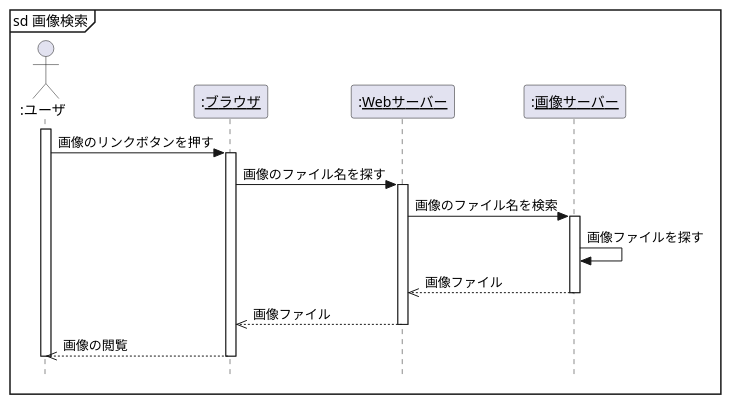
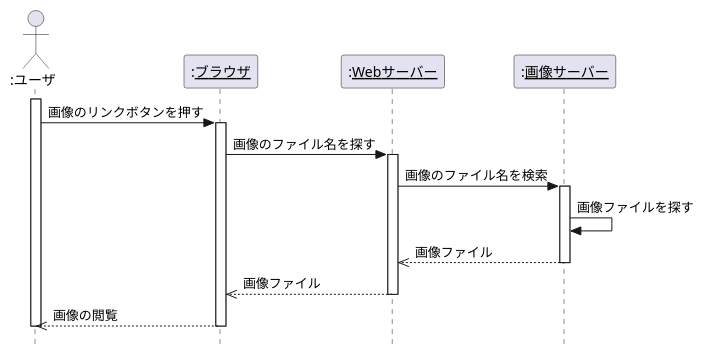
One commit to moppechan/uml_introduction changed the diagram in 演習4/演習4-6_SD_Web画像検索.pu. Above: the diagram before and after it, drawn with PlantUML. The commit also changed 1 other file, not shown here.

```diff
--- a/演習4/演習4-6_SD_Web画像検索.pu
+++ b/演習4/演習4-6_SD_Web画像検索.pu
@@ -1,26 +1,25 @@
 @startuml Web画像検索
 hide footbox
 skinparam style strictuml
 
     actor ":ユーザ" as user
     participant ":<u>ブラウザ</u>" as bro
     participant ":<u>Webサーバー</u>" as web
     participant ":<u>画像サーバー</u>" as pic
 
-    mainframe sd 画像検索
     activate user
         user -> bro: 画像のリンクボタンを押す
         activate bro
             bro -> web: 画像のファイル名を探す
             activate web
                 web -> pic: 画像のファイル名を検索
                 activate pic
                     pic -> pic: 画像ファイルを探す
                     web <<-- pic:画像ファイル
                 deactivate pic
                 bro <<-- web:画像ファイル
             deactivate web
             user <<-- bro:画像の閲覧
         deactivate bro
     deactivate user
 @enduml
```
